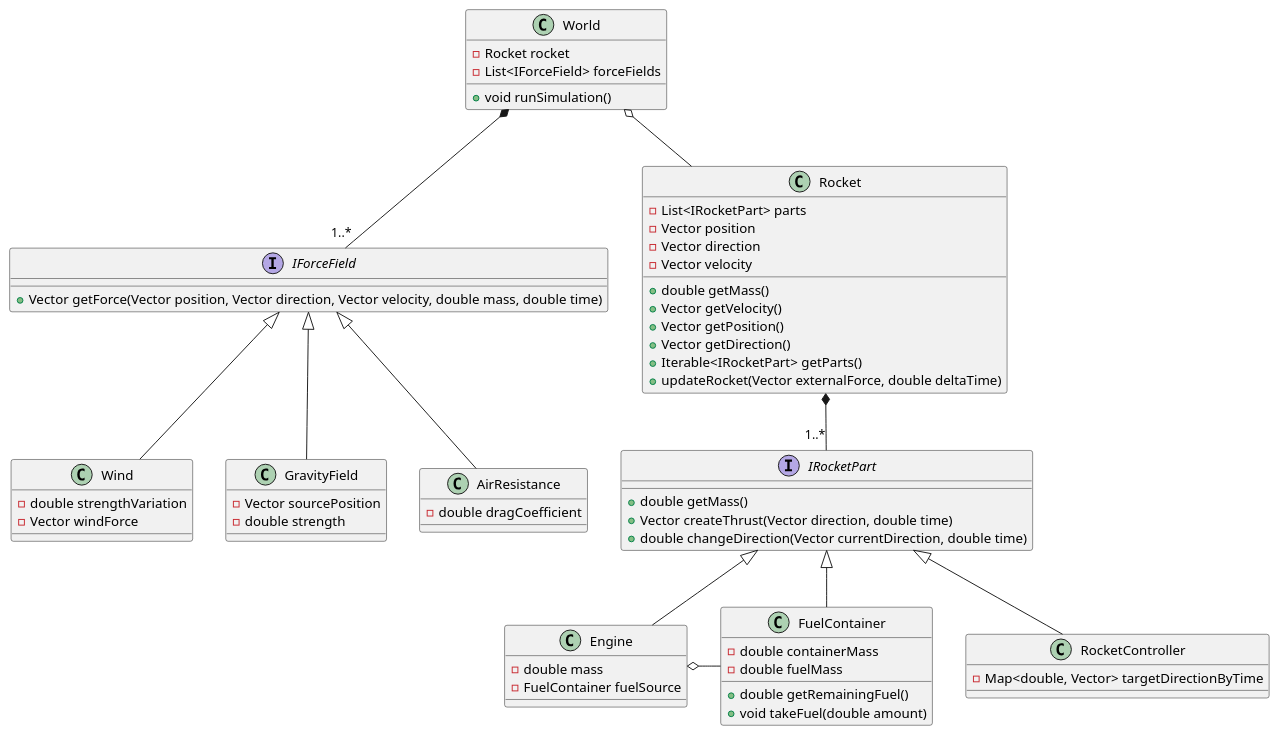
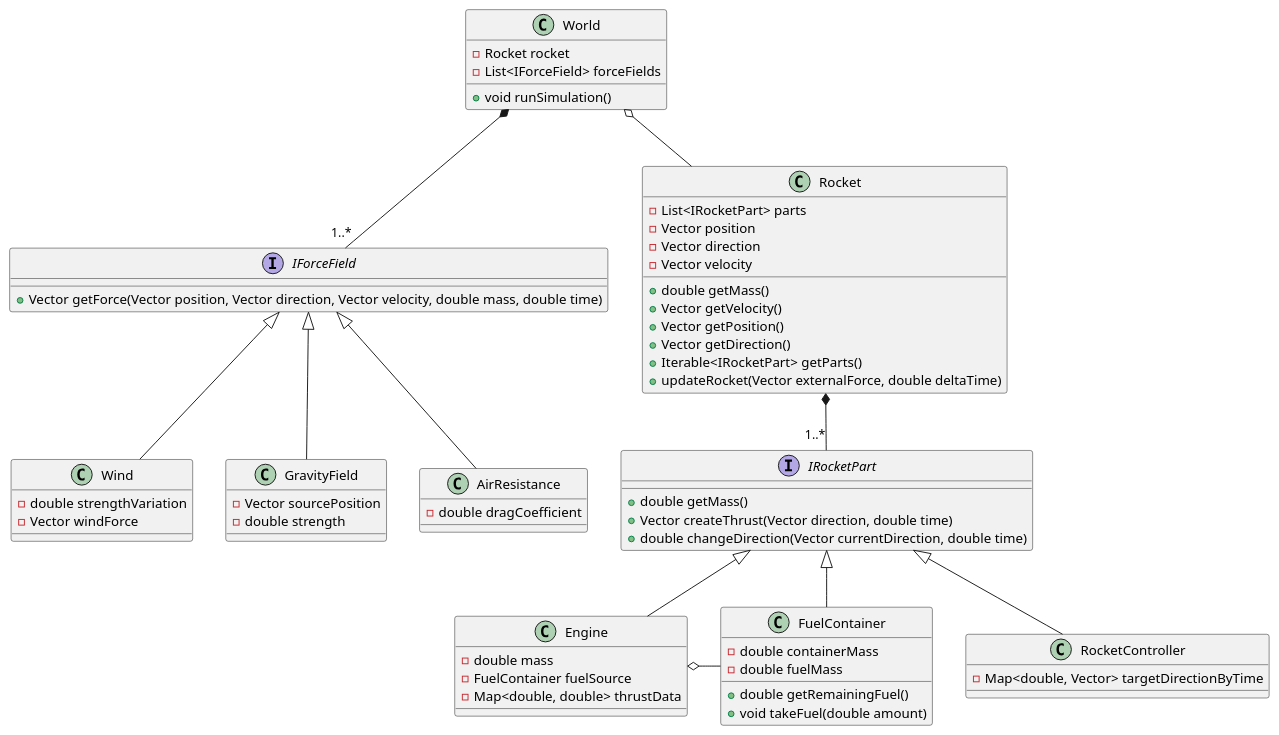
The diagram in docs/uml.puml (szyminson/oop-project), drawn with PlantUML before and after one commit. The commit also changed 1 other file, not shown here.

Commit message:
Class diagram: Add trust data field to engine

```diff
--- a/docs/uml.puml
+++ b/docs/uml.puml
@@ -1,81 +1,82 @@
 @startuml
 
 interface IRocketPart {
   + double getMass()
   + Vector createThrust(Vector direction, double time)
   + double changeDirection(Vector currentDirection, double time)
 }
 
 interface IForceField {
   + Vector getForce(Vector position, Vector direction, Vector velocity, double mass, double time)
 }
 
 class Wind {
   - double strengthVariation
   - Vector windForce
 }
 
 class GravityField {
   - Vector sourcePosition
   - double strength
 }
 
 class AirResistance {
   - double dragCoefficient
 }
 
 
 World o-- Rocket
 World *-- "1..*" IForceField
 
 Rocket *-- "1..*" IRocketPart
 
 IForceField <|-- Wind
 IForceField <|-- GravityField
 IForceField <|-- AirResistance
 
 IRocketPart <|-- FuelContainer
 IRocketPart <|-- Engine
 IRocketPart <|-- RocketController
 
 Engine o- FuelContainer
 
 class Engine {
   - double mass
   - FuelContainer fuelSource
+  - Map<double, double> thrustData
 }
 
 class FuelContainer {
   - double containerMass
   - double fuelMass
 
   + double getRemainingFuel()
   + void takeFuel(double amount)
 }
 
 class RocketController {
   - Map<double, Vector> targetDirectionByTime
 }
 
 class World {
   - Rocket rocket
   - List<IForceField> forceFields
 
   + void runSimulation()
 }
 
 class Rocket {
   - List<IRocketPart> parts
   - Vector position
   - Vector direction
   - Vector velocity
 
   + double getMass()
   + Vector getVelocity()
   + Vector getPosition()
   + Vector getDirection()
   + Iterable<IRocketPart> getParts()
   + updateRocket(Vector externalForce, double deltaTime)
 }
 
 @enduml
```
